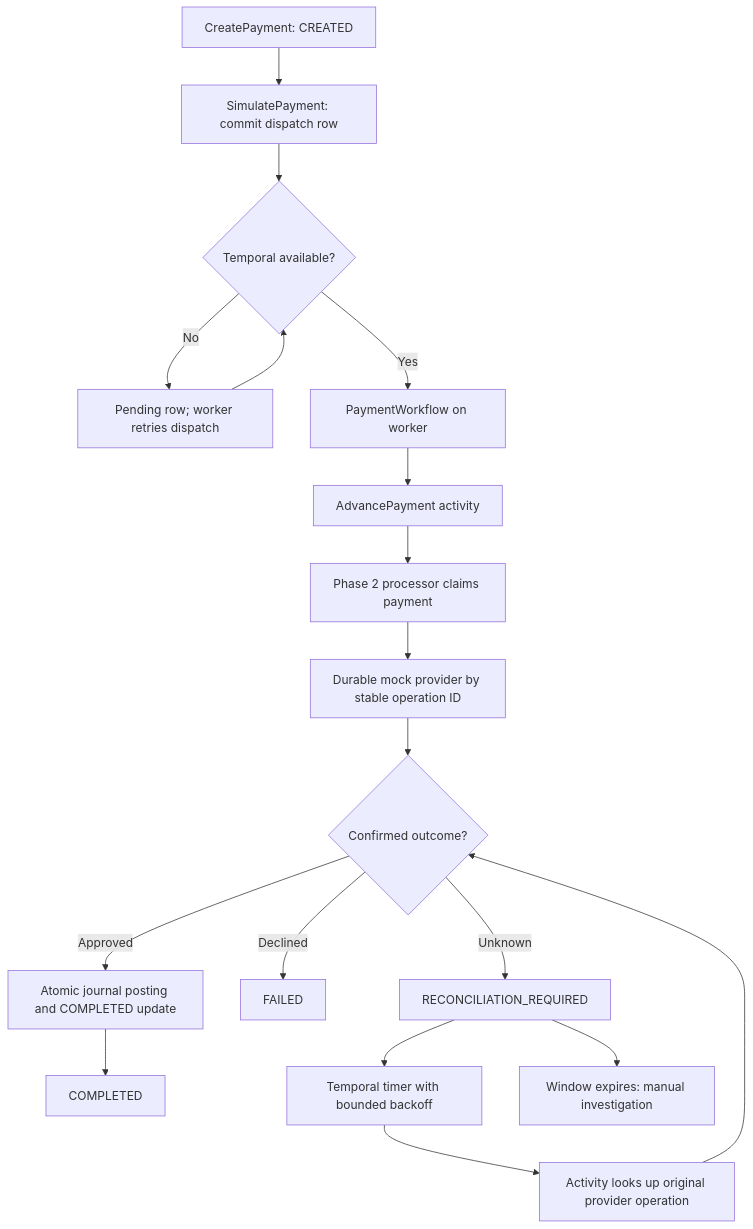
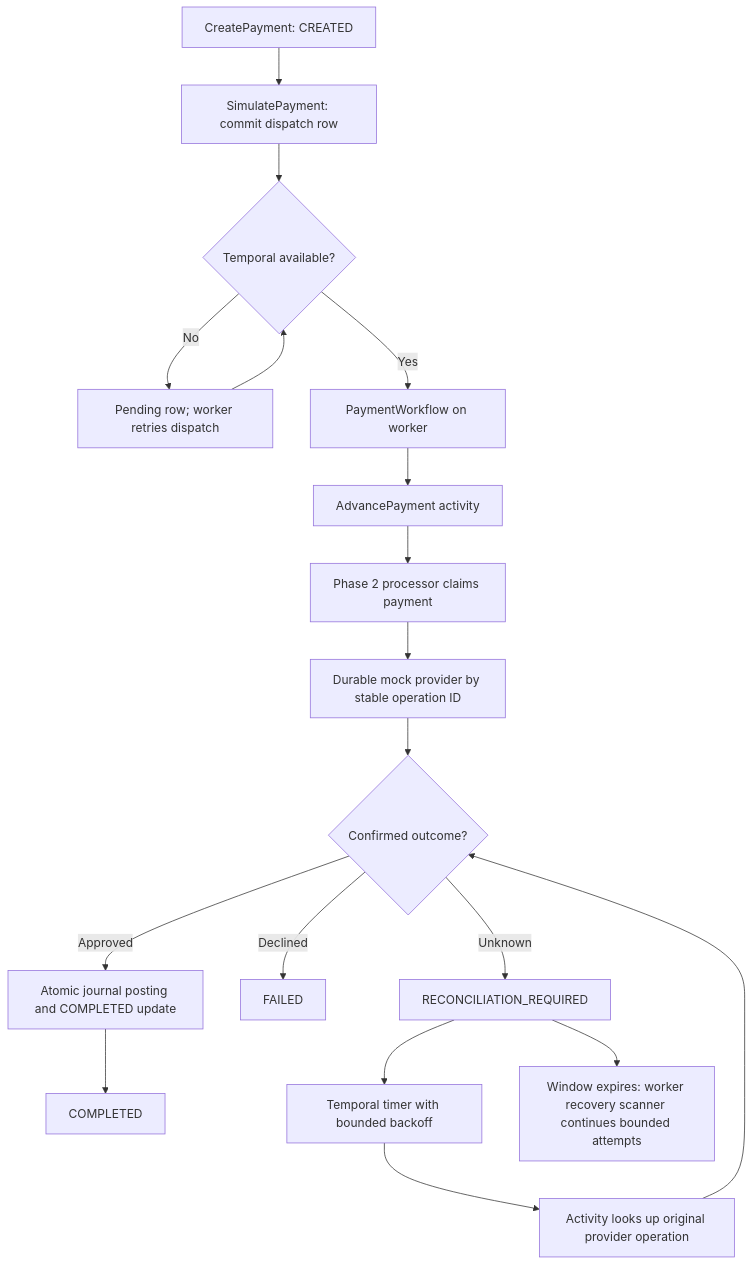
The first of 2 diagrams in docs/architecture.md (OloaneShark/PAYFLOW), drawn with Mermaid before and after one commit. The commit also changed other lines of this file and 31 other files, not shown here.

````diff
--- a/docs/architecture.md
+++ b/docs/architecture.md
@@ -9,20 +9,20 @@
 ```mermaid
 flowchart TD
     A[CreatePayment: CREATED] --> B[SimulatePayment: commit dispatch row]
     B --> C{Temporal available?}
     C -- No --> D[Pending row; worker retries dispatch]
     D --> C
     C -- Yes --> E[PaymentWorkflow on worker]
     E --> F[AdvancePayment activity]
     F --> G[Phase 2 processor claims payment]
     G --> H[Durable mock provider by stable operation ID]
     H --> I{Confirmed outcome?}
     I -- Approved --> P[Atomic journal posting and COMPLETED update]
     P --> J[COMPLETED]
     I -- Declined --> K[FAILED]
     I -- Unknown --> L[RECONCILIATION_REQUIRED]
     L --> M[Temporal timer with bounded backoff]
     M --> N[Activity looks up original provider operation]
     N --> I
-    L --> O[Window expires: manual investigation]
+    L --> O[Window expires: worker recovery scanner continues bounded attempts]
 ```
````
